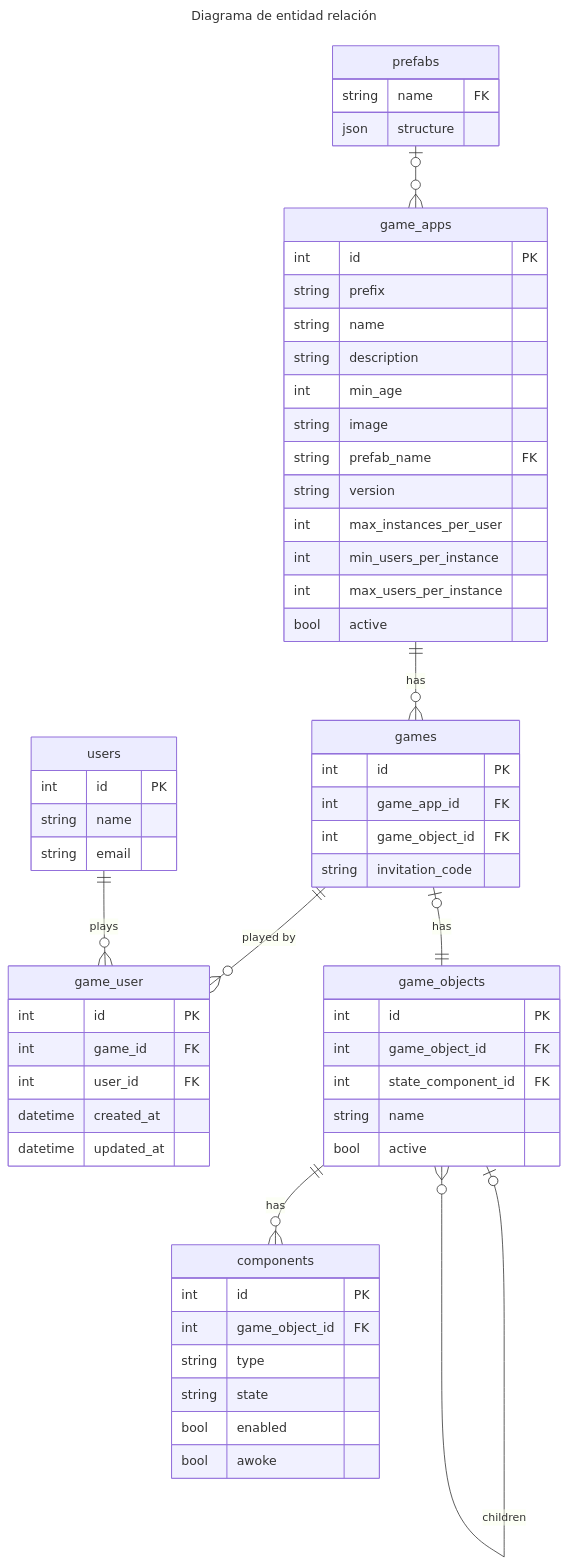
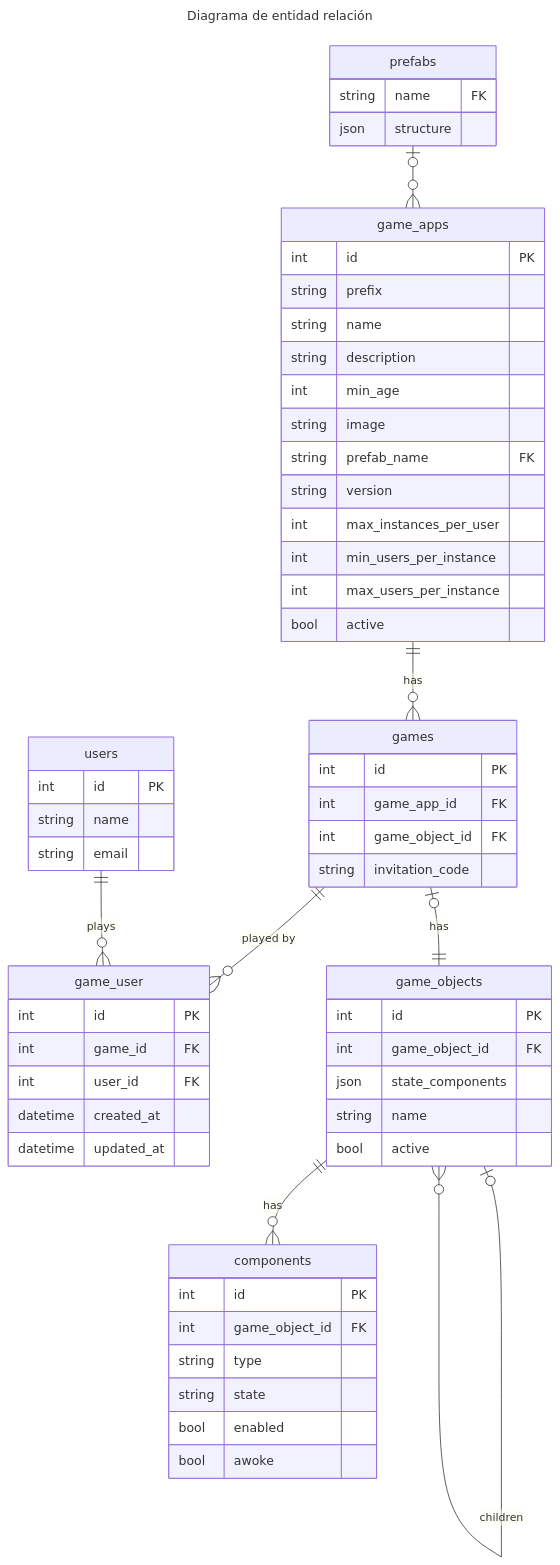
One commit to eormeno/base-project changed the fourth of 4 diagrams in docs/class_diagrams.md. Above: the diagram before and after it, drawn with Mermaid. The commit also changed 3 other files, not shown here.

Commit message:
refactor game object models and diagrams; replace state_component_id with state_components and remove deprecated methods

````diff
--- a/docs/class_diagrams.md
+++ b/docs/class_diagrams.md
@@ -107,71 +107,71 @@
 ```mermaid
 ---
 title: Diagrama de entidad relación
 ---
 erDiagram
     game_apps ||--o{ games : "has"
     games ||--o{ game_user : "played by"
     game_objects ||--o{ components : "has"
     game_objects one or zero -- zero or many game_objects : "children"
     prefabs one or zero --o{ game_apps : ""
     users ||--o{ game_user : "plays"
     games one or zero -- 1 game_objects : "has"
 
     game_apps {
         int id PK
         string prefix
         string name
         string description
         int min_age
         string image
         string prefab_name FK
         string version
         int max_instances_per_user
         int min_users_per_instance
         int max_users_per_instance
         bool active
     }
 
     games {
         int id PK
         int game_app_id FK
         int game_object_id FK
         string invitation_code
     }
 
     game_user {
         int id PK
         int game_id FK
         int user_id FK
         datetime created_at
         datetime updated_at
     }
 
     prefabs {
         string name FK
         json structure
     }
 
     game_objects {
         int id PK
         int game_object_id FK
-        int state_component_id FK
+        json state_components
         string name
         bool active
     }
 
     components {
         int id PK
         int game_object_id FK
         string type
         string state
         bool enabled
         bool awoke
     }
 
     users {
         int id PK
         string name
         string email
     }
 ```
````
